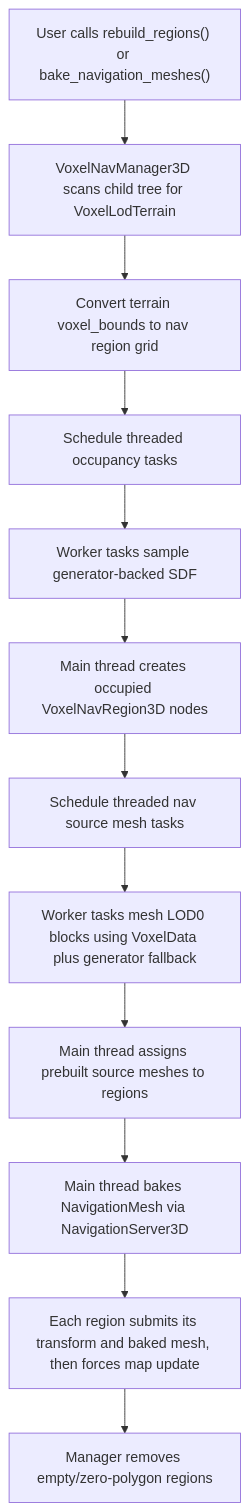
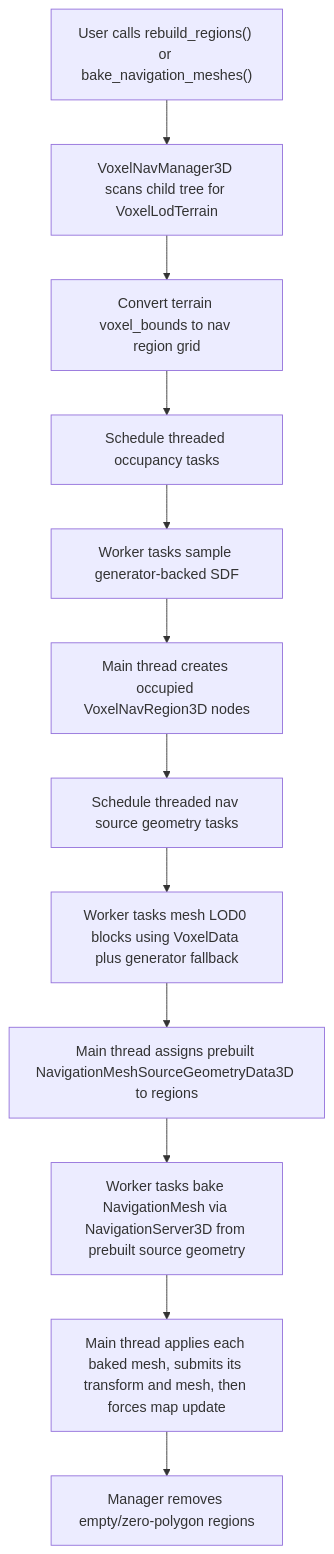
The third of 3 diagrams in doc/voxel_nav_reqs.md (chalecampb/godot_voxel), drawn with Mermaid before and after one commit. The commit also changed other lines of this file and 4 other files, not shown here.

````diff
--- a/doc/voxel_nav_reqs.md
+++ b/doc/voxel_nav_reqs.md
@@ -274,14 +282,14 @@
 ```mermaid
 flowchart TD
     A["User calls rebuild_regions() or bake_navigation_meshes()"] --> B["VoxelNavManager3D scans child tree for VoxelLodTerrain"]
     B --> C["Convert terrain voxel_bounds to nav region grid"]
     C --> D["Schedule threaded occupancy tasks"]
     D --> E["Worker tasks sample generator-backed SDF"]
     E --> F["Main thread creates occupied VoxelNavRegion3D nodes"]
-    F --> G["Schedule threaded nav source mesh tasks"]
+    F --> G["Schedule threaded nav source geometry tasks"]
     G --> H["Worker tasks mesh LOD0 blocks using VoxelData plus generator fallback"]
-    H --> I["Main thread assigns prebuilt source meshes to regions"]
-    I --> J["Main thread bakes NavigationMesh via NavigationServer3D"]
-    J --> K["Each region submits its transform and baked mesh, then forces map update"]
+    H --> I["Main thread assigns prebuilt NavigationMeshSourceGeometryData3D to regions"]
+    I --> J["Worker tasks bake NavigationMesh via NavigationServer3D from prebuilt source geometry"]
+    J --> K["Main thread applies each baked mesh, submits its transform and mesh, then forces map update"]
     K --> L["Manager removes empty/zero-polygon regions"]
 ```
````
